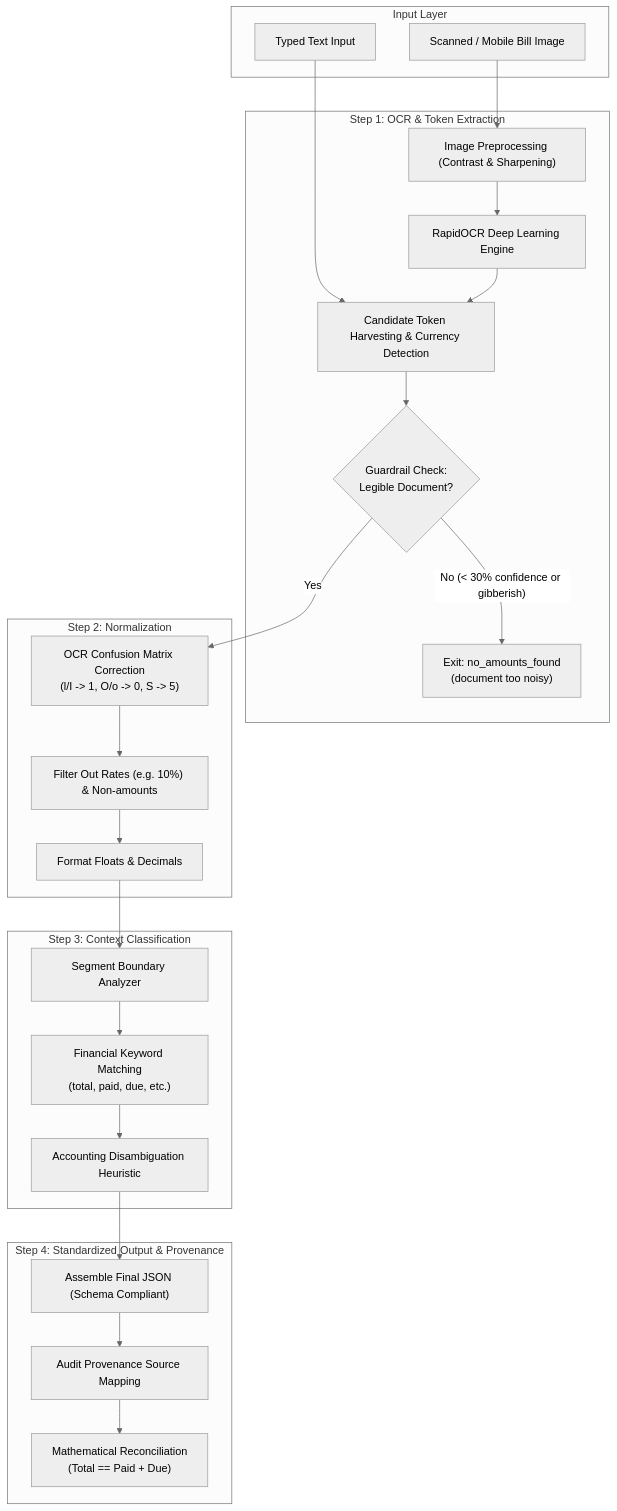
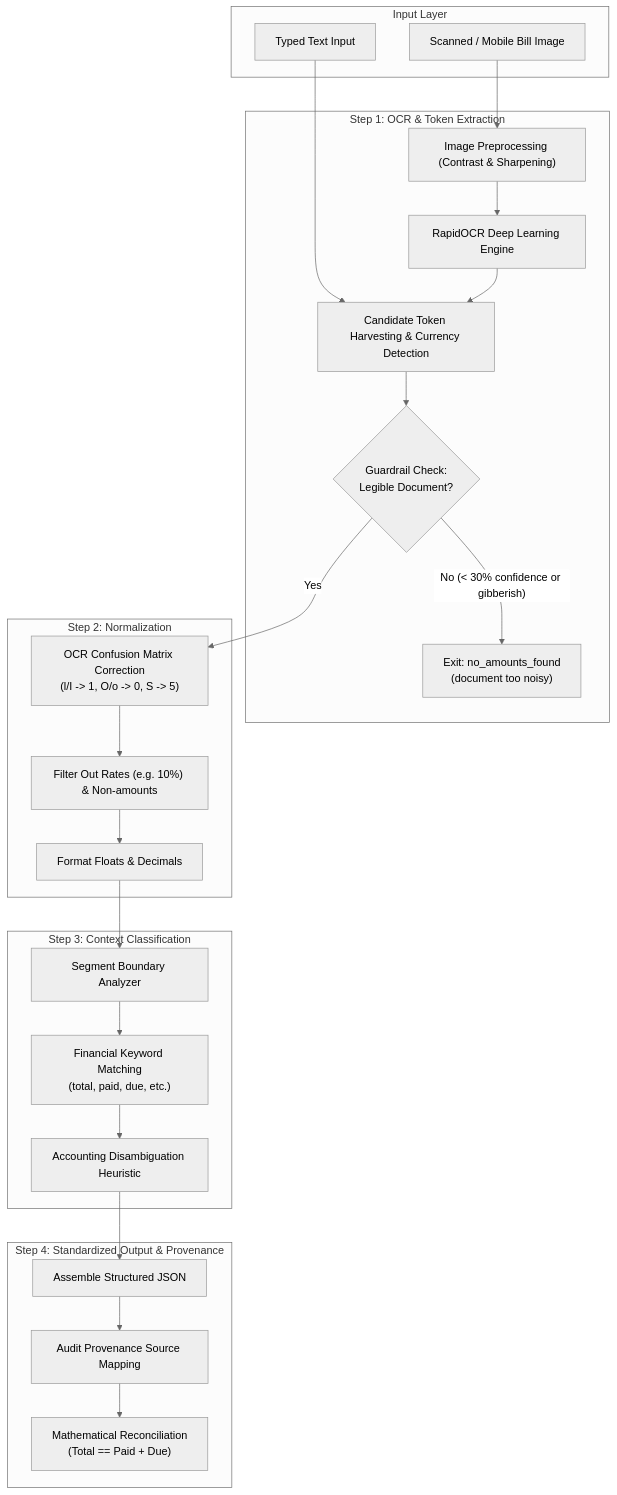
One commit to RohithReddyMarri/Plum-Task4-Medical-Amount-Detection changed the diagram in README.md. Above: the diagram before and after it, drawn with Mermaid (neutral theme). The commit also changed other lines of this file and 15 other files, not shown here.

````diff
--- a/README.md
+++ b/README.md
@@ -27,39 +34,39 @@
 ```mermaid
 flowchart TD
     subgraph Ingestion["Input Layer"]
         A1["Typed Text Input"]
         A2["Scanned / Mobile Bill Image"]
     end
 
     subgraph Step1["Step 1: OCR & Token Extraction"]
         B1["Image Preprocessing (Contrast & Sharpening)"]
         B2["RapidOCR Deep Learning Engine"]
         B3["Candidate Token Harvesting & Currency Detection"]
         G1{"Guardrail Check:<br>Legible Document?"}
         E1["Exit: no_amounts_found<br>(document too noisy)"]
     end
 
     subgraph Step2["Step 2: Normalization"]
         C1["OCR Confusion Matrix Correction<br>(l/I -> 1, O/o -> 0, S -> 5)"]
         C2["Filter Out Rates (e.g. 10%) & Non-amounts"]
         C3["Format Floats & Decimals"]
     end
 
     subgraph Step3["Step 3: Context Classification"]
         D1["Segment Boundary Analyzer"]
         D2["Financial Keyword Matching<br>(total, paid, due, etc.)"]
         D3["Accounting Disambiguation Heuristic"]
     end
 
     subgraph Step4["Step 4: Standardized Output & Provenance"]
-        F1["Assemble Final JSON (Schema Compliant)"]
+        F1["Assemble Structured JSON"]
         F2["Audit Provenance Source Mapping"]
         F3["Mathematical Reconciliation<br>(Total == Paid + Due)"]
     end
 
     A1 --> B3
     A2 --> B1 --> B2 --> B3
     B3 --> G1
     G1 -- "No (< 30% confidence or gibberish)" --> E1
     G1 -- "Yes" --> C1 --> C2 --> C3 --> D1 --> D2 --> D3 --> F1 --> F2 --> F3
 ```
````
